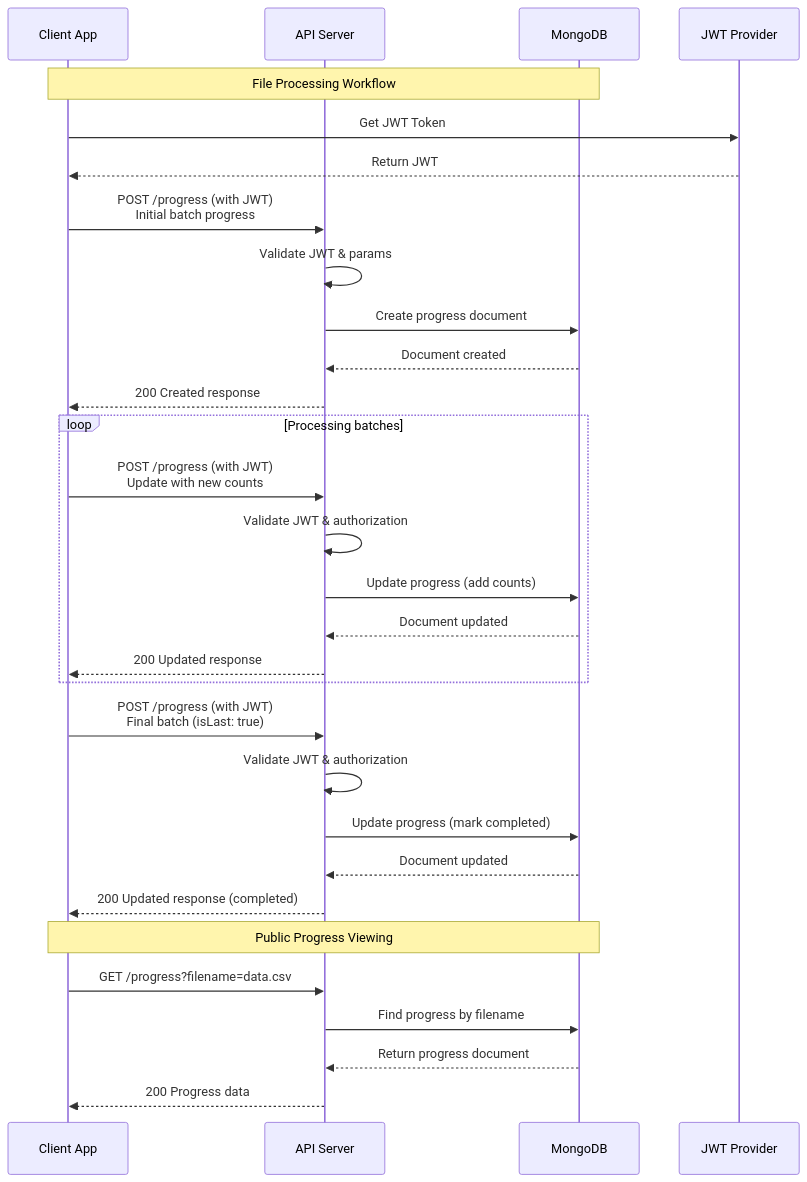
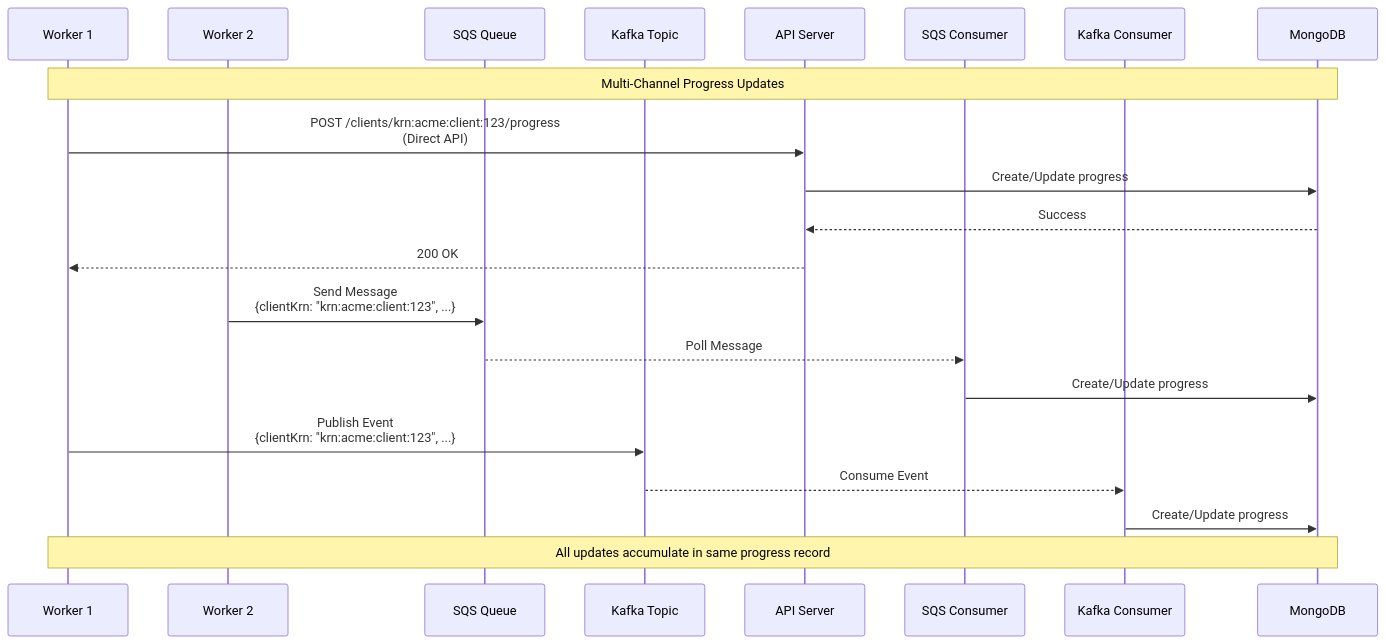
Before and after one commit to pirkus/pebbles: the third of 10 diagrams in use-cases.md, drawn with Mermaid. The commit also changed other lines of this file and 12 other files, not shown here.

Commit message:
Add multi-tenant support with SQS and Kafka consumers

````diff
--- a/use-cases.md
+++ b/use-cases.md
@@ -45,39 +70,28 @@
 ```mermaid
 sequenceDiagram
-    participant C as Client App
+    participant W1 as Worker 1
+    participant W2 as Worker 2
+    participant SQS as SQS Queue
+    participant K as Kafka Topic
     participant A as API Server
+    participant SC as SQS Consumer
+    participant KC as Kafka Consumer
     participant D as MongoDB
-    participant J as JWT Provider
     
-    Note over C,D: File Processing Workflow
+    Note over W1,D: Multi-Channel Progress Updates
     
-    C->>J: Get JWT Token
-    J-->>C: Return JWT
+    W1->>A: POST /clients/krn:acme:client:123/progress<br/>(Direct API)
+    A->>D: Create/Update progress
+    D-->>A: Success
+    A-->>W1: 200 OK
     
-    C->>A: POST /progress (with JWT)<br/>Initial batch progress
-    A->>A: Validate JWT & params
-    A->>D: Create progress document
-    D-->>A: Document created
-    A-->>C: 200 Created response
+    W2->>SQS: Send Message<br/>{clientKrn: "krn:acme:client:123", ...}
+    SQS-->>SC: Poll Message
+    SC->>D: Create/Update progress
     
-    loop Processing batches
-        C->>A: POST /progress (with JWT)<br/>Update with new counts
-        A->>A: Validate JWT & authorization
-        A->>D: Update progress (add counts)
-        D-->>A: Document updated
-        A-->>C: 200 Updated response
-    end
+    W1->>K: Publish Event<br/>{clientKrn: "krn:acme:client:123", ...}
+    K-->>KC: Consume Event
+    KC->>D: Create/Update progress
     
-    C->>A: POST /progress (with JWT)<br/>Final batch (isLast: true)
-    A->>A: Validate JWT & authorization
-    A->>D: Update progress (mark completed)
-    D-->>A: Document updated
-    A-->>C: 200 Updated response (completed)
-    
-    Note over C,D: Public Progress Viewing
-    
-    C->>A: GET /progress?filename=data.csv
-    A->>D: Find progress by filename
-    D-->>A: Return progress document
-    A-->>C: 200 Progress data
+    Note over W1,D: All updates accumulate in same progress record
 ```
````
